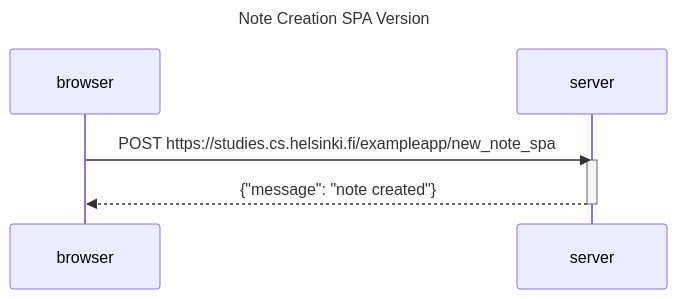
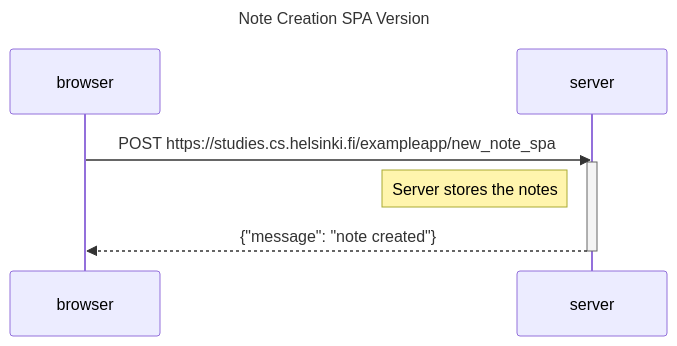
One commit to stellaratlas8/fullstack-open-submission changed the third of 3 diagrams in part0/README.md. Above: the diagram before and after it, drawn with Mermaid.

Commit message:
added note

````diff
--- a/part0/README.md
+++ b/part0/README.md
@@ -87,11 +87,13 @@
 ```mermaid
 sequenceDiagram
 title Note Creation SPA Version
     participant browser
     participant server
 
     browser->>server: POST https://studies.cs.helsinki.fi/exampleapp/new_note_spa
     activate server
+
+    Note left of server: Server stores the notes
     server-->>browser: {"message": "note created"}
     deactivate server 
 ```
````
